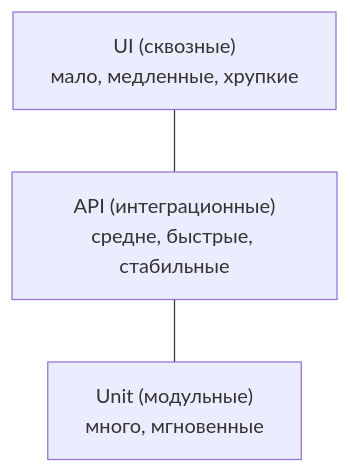
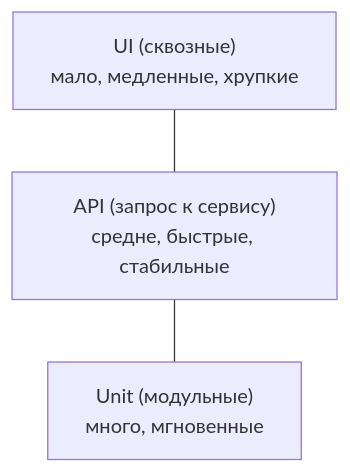
One commit to distinguished-sre/load-tester changed the second of 3 diagrams in 06-api-testing/01-testing-basics.md. Above: the diagram before and after it, drawn with Mermaid. The commit also changed other lines of this file and 3 other files, not shown here.

````diff
--- a/06-api-testing/01-testing-basics.md
+++ b/06-api-testing/01-testing-basics.md
@@ -102,8 +107,8 @@
 ```mermaid
 flowchart TD
     UI["UI (сквозные)<br>мало, медленные, хрупкие"]
-    API["API (интеграционные)<br>средне, быстрые, стабильные"]
+    API["API (запрос к сервису)<br>средне, быстрые, стабильные"]
     U["Unit (модульные)<br>много, мгновенные"]
     UI --- API
     API --- U
 ```
````
